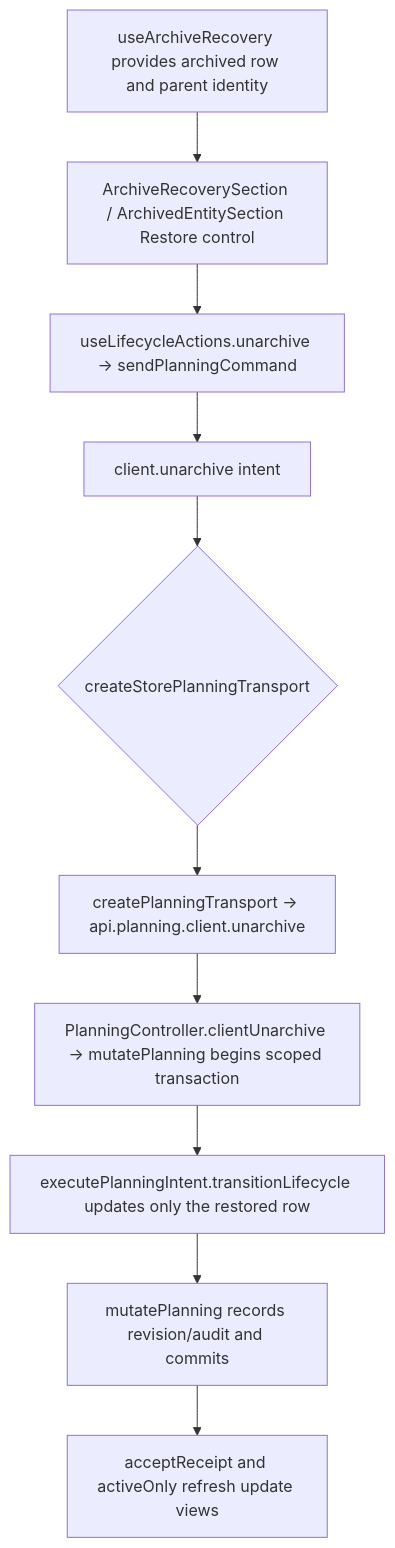
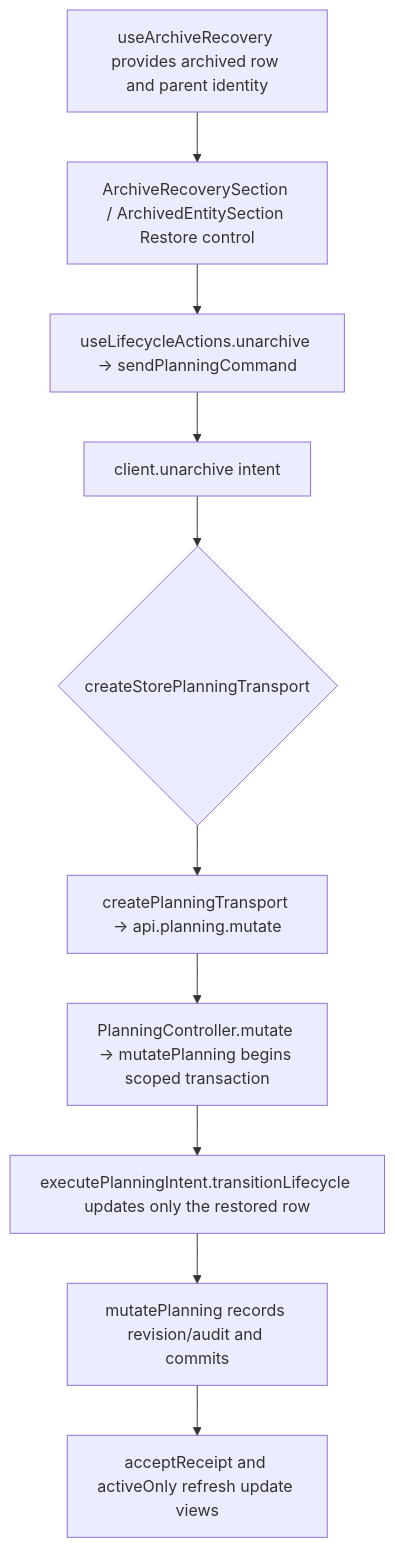
One commit to Kevinjohn/capacitylens changed the second of 2 diagrams in user-stories/clients/US-CLI-06-restore-client.md. Above: the diagram before and after it, drawn with Mermaid. The commit also changed 115 other files, not shown here.

````diff
--- a/user-stories/clients/US-CLI-06-restore-client.md
+++ b/user-stories/clients/US-CLI-06-restore-client.md
@@ -26,8 +26,8 @@
 ```mermaid
 flowchart TD
   A["useArchiveRecovery provides archived row and parent identity"] --> B["ArchiveRecoverySection / ArchivedEntitySection Restore control"]
   B --> C["useLifecycleActions.unarchive → sendPlanningCommand"] --> D["client.unarchive intent"]
   D --> E{"createStorePlanningTransport"}
-  E --> F["createPlanningTransport → api.planning.client.unarchive"] --> G["PlanningController.clientUnarchive → mutatePlanning begins scoped transaction"]
+  E --> F["createPlanningTransport → api.planning.mutate"] --> G["PlanningController.mutate → mutatePlanning begins scoped transaction"]
   G --> H["executePlanningIntent.transitionLifecycle updates only the restored row"] --> K["mutatePlanning records revision/audit and commits"] --> J["acceptReceipt and activeOnly refresh update views"]
 ```
````
